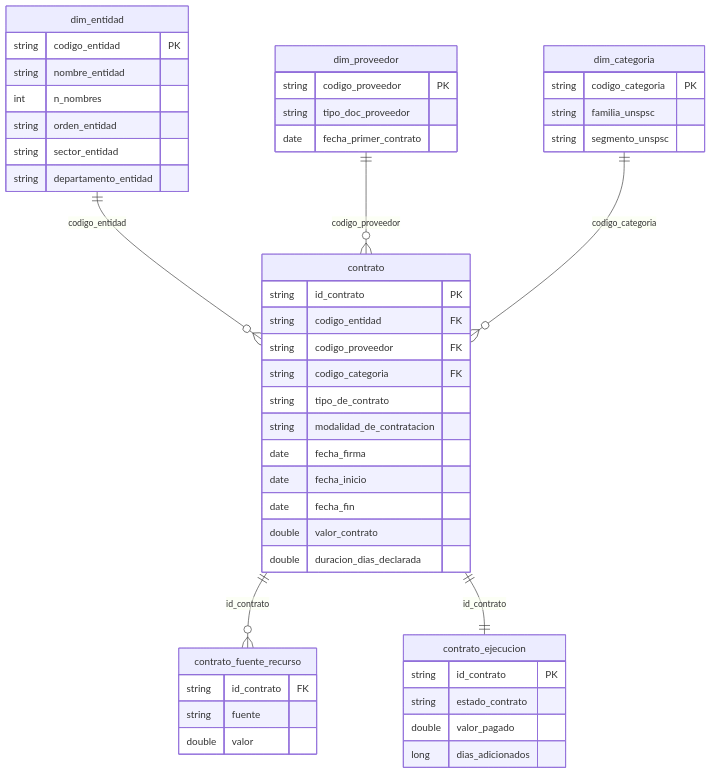
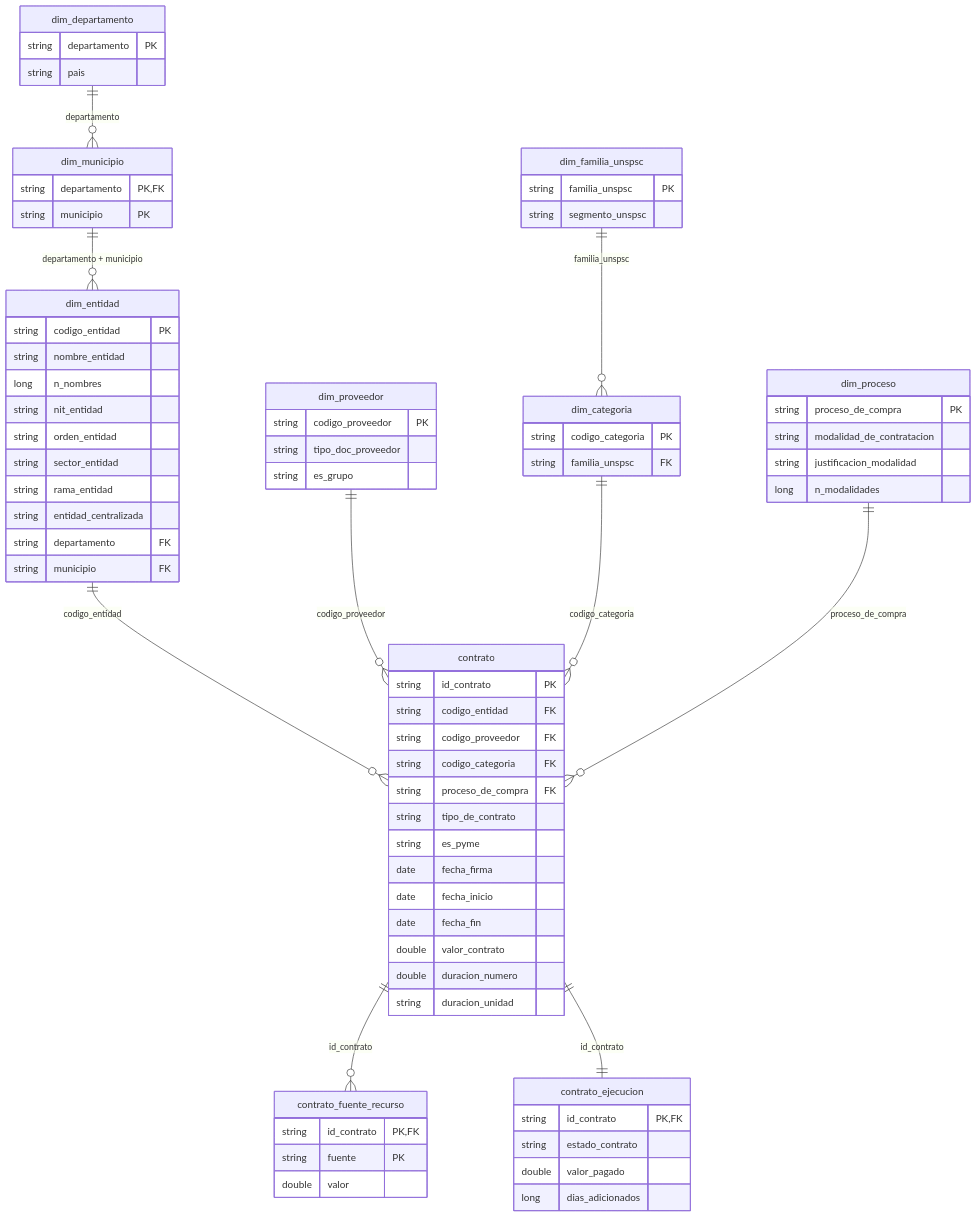
One commit to CristianVallejo0104/proyecto-secop-databricks changed the second of 2 diagrams in README.md. Above: the diagram before and after it, drawn with Mermaid. The commit also changed other lines of this file and 7 other files, not shown here.

````diff
--- a/README.md
+++ b/README.md
@@ -47,51 +47,78 @@
 ```mermaid
 erDiagram
+    dim_departamento ||--o{ dim_municipio : "departamento"
+    dim_municipio ||--o{ dim_entidad : "departamento + municipio"
+    dim_familia_unspsc ||--o{ dim_categoria : "familia_unspsc"
     dim_entidad ||--o{ contrato : "codigo_entidad"
     dim_proveedor ||--o{ contrato : "codigo_proveedor"
     dim_categoria ||--o{ contrato : "codigo_categoria"
+    dim_proceso ||--o{ contrato : "proceso_de_compra"
     contrato ||--o{ contrato_fuente_recurso : "id_contrato"
     contrato ||--|| contrato_ejecucion : "id_contrato"
 
+    dim_departamento {
+        string departamento PK
+        string pais
+    }
+    dim_municipio {
+        string departamento PK,FK
+        string municipio PK
+    }
     dim_entidad {
         string codigo_entidad PK
         string nombre_entidad
-        int n_nombres
+        long n_nombres
+        string nit_entidad
         string orden_entidad
         string sector_entidad
-        string departamento_entidad
+        string rama_entidad
+        string entidad_centralizada
+        string departamento FK
+        string municipio FK
     }
     dim_proveedor {
         string codigo_proveedor PK
         string tipo_doc_proveedor
-        date fecha_primer_contrato
+        string es_grupo
+    }
+    dim_familia_unspsc {
+        string familia_unspsc PK
+        string segmento_unspsc
     }
     dim_categoria {
         string codigo_categoria PK
-        string familia_unspsc
-        string segmento_unspsc
+        string familia_unspsc FK
+    }
+    dim_proceso {
+        string proceso_de_compra PK
+        string modalidad_de_contratacion
+        string justificacion_modalidad
+        long n_modalidades
     }
     contrato {
         string id_contrato PK
         string codigo_entidad FK
         string codigo_proveedor FK
         string codigo_categoria FK
+        string proceso_de_compra FK
         string tipo_de_contrato
-        string modalidad_de_contratacion
+        string es_pyme
         date fecha_firma
         date fecha_inicio
         date fecha_fin
         double valor_contrato
-        double duracion_dias_declarada
+        double duracion_numero
+        string duracion_unidad
     }
     contrato_fuente_recurso {
-        string id_contrato FK
-        string fuente
+        string id_contrato PK,FK
+        string fuente PK
         double valor
     }
     contrato_ejecucion {
-        string id_contrato PK
+        string id_contrato PK,FK
         string estado_contrato
         double valor_pagado
         long dias_adicionados
     }
 ```
````
